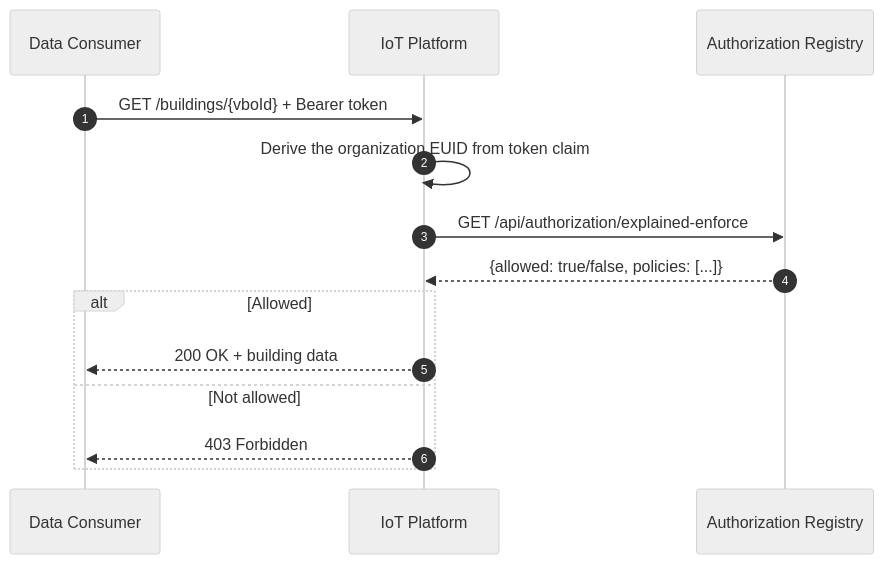
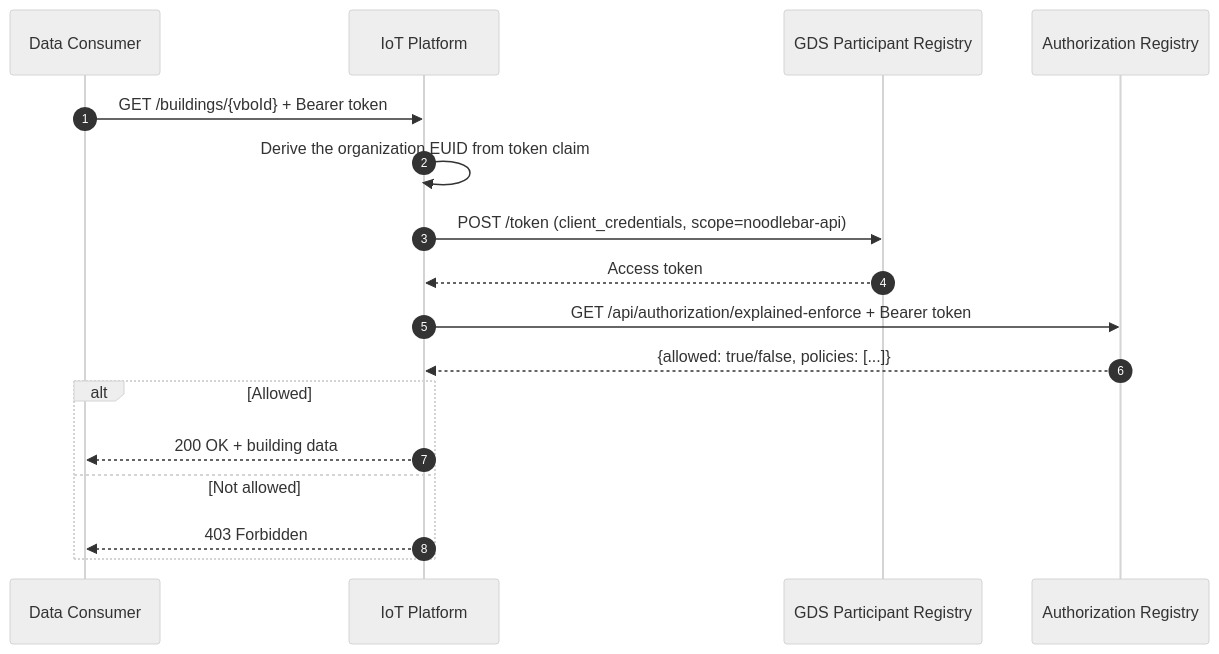
Before and after one commit to POORT8/Poort8.Docs: the second of 2 diagrams in gds-draft/architecture.md, drawn with Mermaid (neutral theme). The commit also changed other lines of this file and 2 other files, not shown here.

Commit message:
Deploy gds-draft docs: 125fe0e5993b5bee6641f41b2d622aef31521000

````diff
--- a/gds-draft/architecture.md
+++ b/gds-draft/architecture.md
@@ -140,17 +142,20 @@
 ```mermaid
 sequenceDiagram
     autonumber
     participant David as Data Consumer
     participant Charlie as IoT Platform
+    participant KC as GDS Participant Registry
     participant AR as Authorization Registry
 
     David->>Charlie: GET /buildings/{vboId} + Bearer token
     Charlie->>Charlie: Derive the organization EUID from token claim
-    Charlie->>AR: GET /api/authorization/explained-enforce
+    Charlie->>KC: POST /token (client_credentials, scope=noodlebar-api)
+    KC-->>Charlie: Access token
+    Charlie->>AR: GET /api/authorization/explained-enforce + Bearer token
     AR-->>Charlie: {allowed: true/false, policies: [...]}
     alt Allowed
         Charlie-->>David: 200 OK + building data
     else Not allowed
         Charlie-->>David: 403 Forbidden
     end
 ```
````
